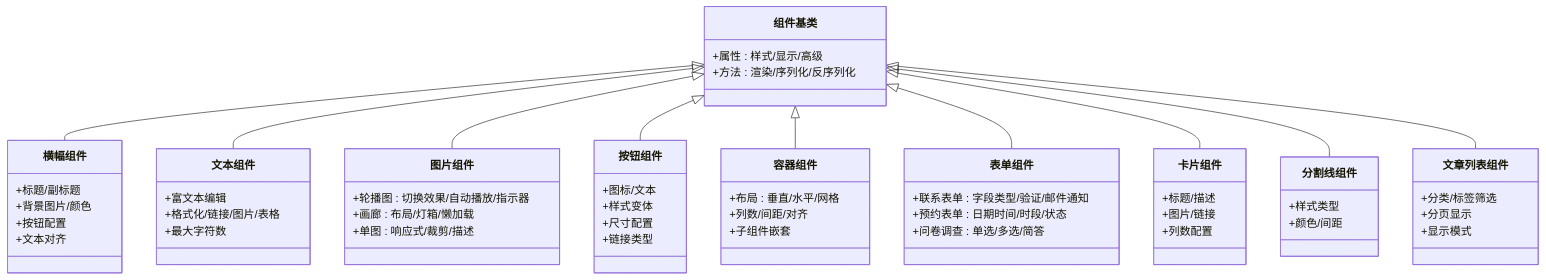
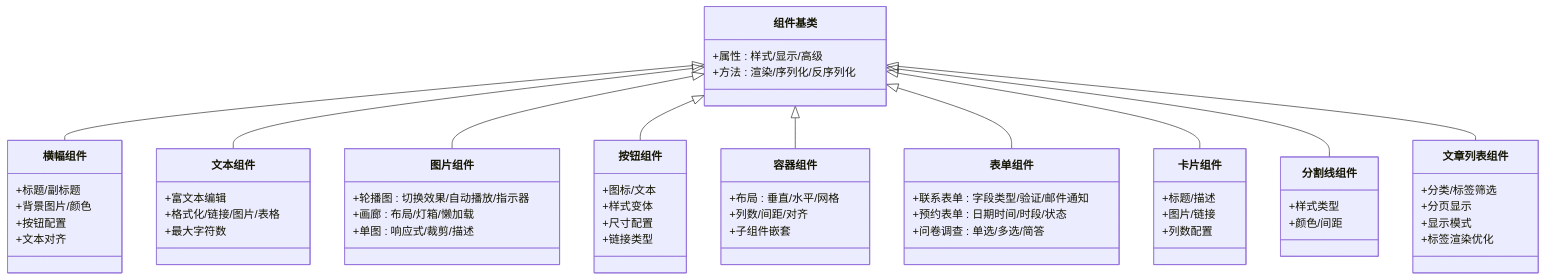
Before and after one commit to wyg5208/website_diy: the third of 11 diagrams in .qoder/repowiki/zh/content/前端组件系统/前端组件系统.md, drawn with Mermaid. The commit also changed other lines of this file and 7 other files, not shown here.

````diff
--- a/.qoder/repowiki/zh/content/前端组件系统/前端组件系统.md
+++ b/.qoder/repowiki/zh/content/前端组件系统/前端组件系统.md
@@ -181,62 +184,63 @@
 ```mermaid
 classDiagram
 class 组件基类 {
 +属性 : 样式/显示/高级
 +方法 : 渲染/序列化/反序列化
 }
 class 横幅组件 {
 +标题/副标题
 +背景图片/颜色
 +按钮配置
 +文本对齐
 }
 class 文本组件 {
 +富文本编辑
 +格式化/链接/图片/表格
 +最大字符数
 }
 class 图片组件 {
 +轮播图 : 切换效果/自动播放/指示器
 +画廊 : 布局/灯箱/懒加载
 +单图 : 响应式/裁剪/描述
 }
 class 按钮组件 {
 +图标/文本
 +样式变体
 +尺寸配置
 +链接类型
 }
 class 容器组件 {
 +布局 : 垂直/水平/网格
 +列数/间距/对齐
 +子组件嵌套
 }
 class 表单组件 {
 +联系表单 : 字段类型/验证/邮件通知
 +预约表单 : 日期时间/时段/状态
 +问卷调查 : 单选/多选/简答
 }
 class 卡片组件 {
 +标题/描述
 +图片/链接
 +列数配置
 }
 class 分割线组件 {
 +样式类型
 +颜色/间距
 }
 class 文章列表组件 {
 +分类/标签筛选
 +分页显示
 +显示模式
++标签渲染优化
 }
 组件基类 <|-- 横幅组件
 组件基类 <|-- 文本组件
 组件基类 <|-- 图片组件
 组件基类 <|-- 按钮组件
 组件基类 <|-- 容器组件
 组件基类 <|-- 表单组件
 组件基类 <|-- 卡片组件
 组件基类 <|-- 分割线组件
 组件基类 <|-- 文章列表组件
 ```
````
